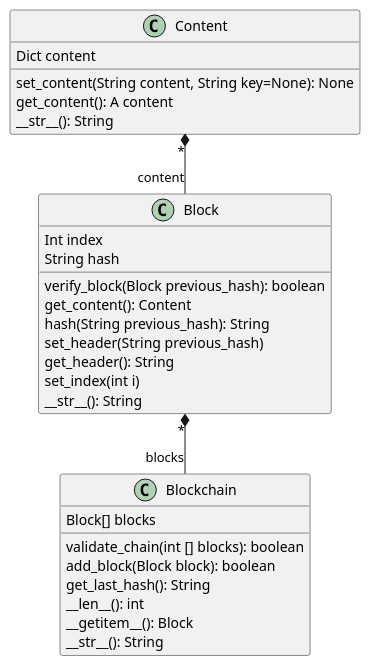
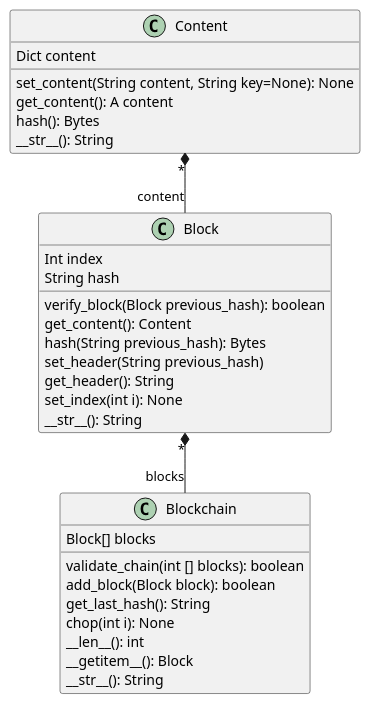
One commit to juantoca/blockchain-python changed the diagram in docs/blockchain.puml. Above: the diagram before and after it, drawn with PlantUML. The commit also changed 9 other files, not shown here.

```diff
--- a/docs/blockchain.puml
+++ b/docs/blockchain.puml
@@ -1,36 +1,38 @@
 @startuml
 
 class Blockchain {
     Block[] blocks
     validate_chain(int [] blocks): boolean
     add_block(Block block): boolean
     get_last_hash(): String
+    chop(int i): None
     __len__(): int
     __getitem__(): Block
     __str__(): String
 }
 
 Block "*" *-- "blocks" Blockchain
 
 class Block{
     Int index
     String hash
     verify_block(Block previous_hash): boolean
     get_content(): Content
-    hash(String previous_hash): String
+    hash(String previous_hash): Bytes
     set_header(String previous_hash)
     get_header(): String
-    set_index(int i)
+    set_index(int i): None
     __str__(): String
 }
 
 Content "*" *-- "content" Block
 
 class Content{
     Dict content
     set_content(String content, String key=None): None
     get_content(): A content
+    hash(): Bytes
     __str__(): String
 }
 
 @enduml
```
